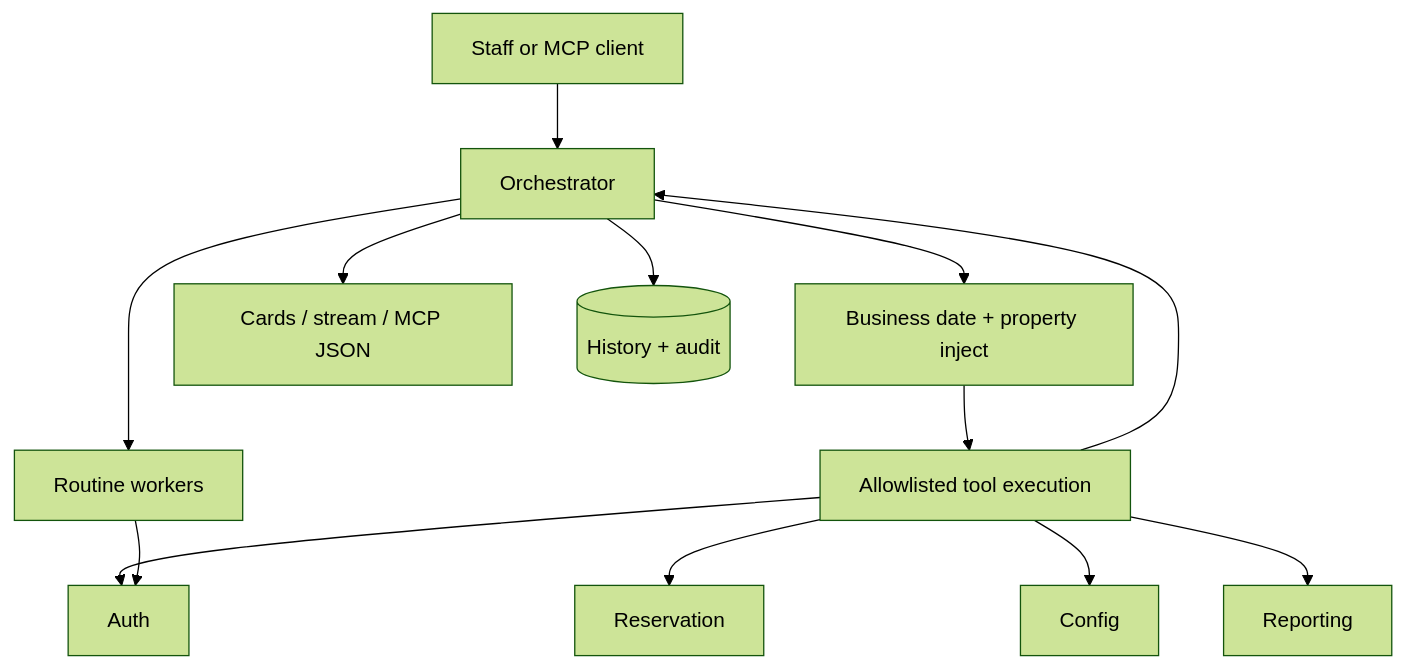
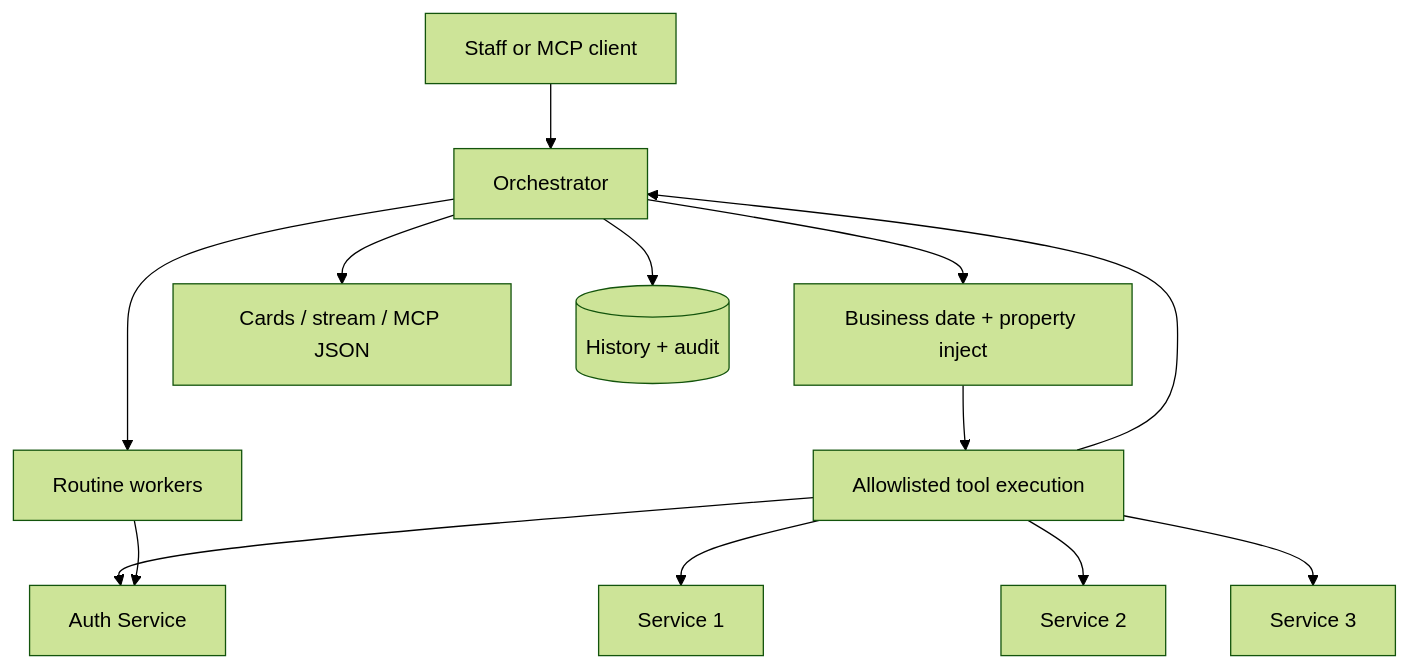
The diagram in content/projects/ai-chatbot-agent.mdx (sahsisunny/Personal-Portfolio), drawn with Mermaid (forest theme) before and after one commit. The commit also changed other lines of this file and 5 other files, not shown here.

Commit message:
refactor(content): anonymize internal service names to Service 1/2/3 and fix sequence diagram syntax

````diff
--- a/content/projects/ai-chatbot-agent.mdx
+++ b/content/projects/ai-chatbot-agent.mdx
@@ -167,15 +167,15 @@
 ```mermaid
 flowchart TB
   Q[Staff or MCP client] --> O[Orchestrator]
   O --> BD[Business date + property inject]
   BD --> T[Allowlisted tool execution]
-  T --> A[Auth]
-  T --> R[Reservation]
-  T --> C[Config]
-  T --> P[Reporting]
+  T --> A[Auth Service]
+  T --> S1[Service 1]
+  T --> S2[Service 2]
+  T --> S3[Service 3]
   T --> O
   O --> Out[Cards / stream / MCP JSON]
   O --> DB[(History + audit)]
   O --> RT[Routine workers]
   RT --> A
 ```
````
